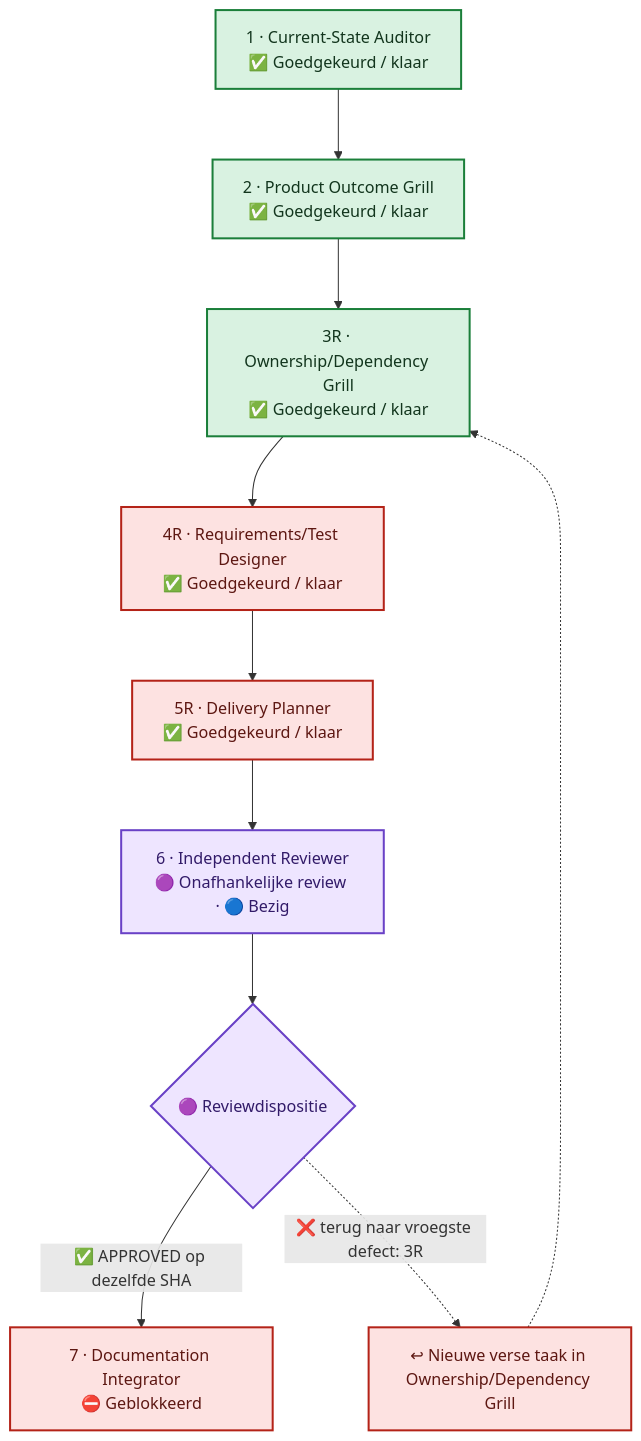
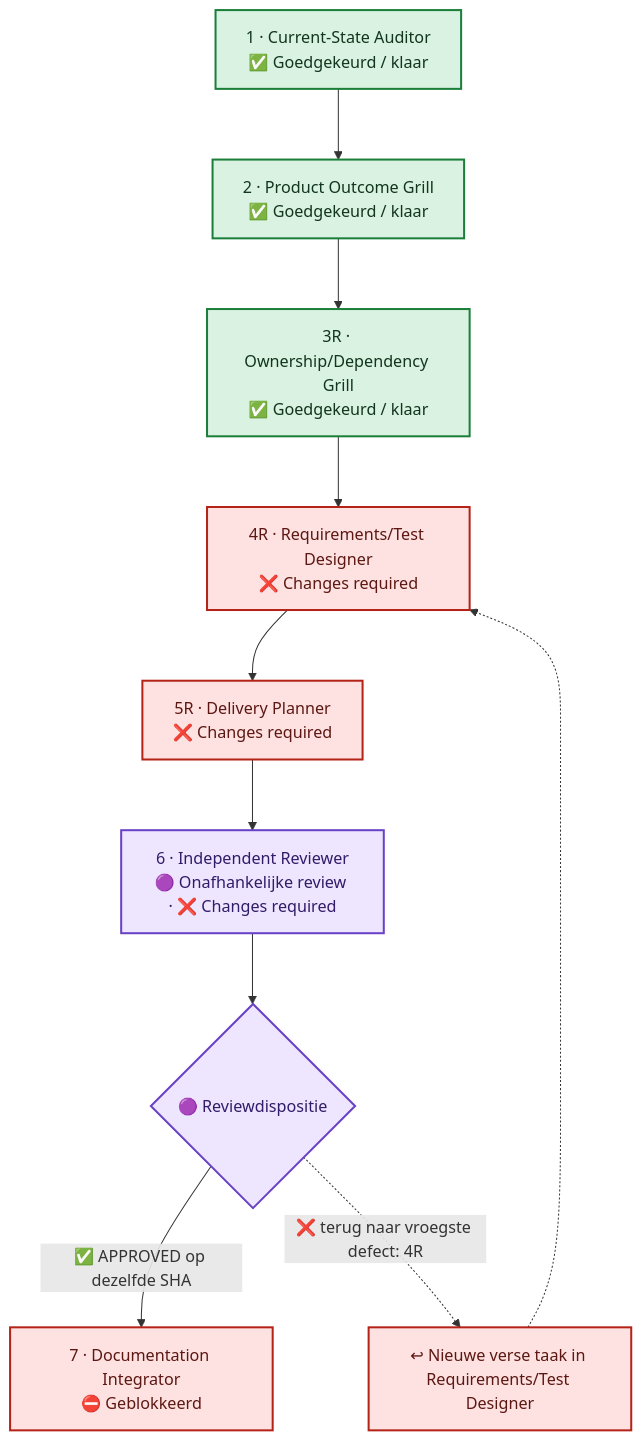
The diagram in flow.mmd (Jandesch91/n1-bioforge-requirements-cockpit), drawn with Mermaid before and after one commit. The commit also changed 4 other files, not shown here.

Commit message:
chore(cockpit): independent review returned CHANGES REQUIRED

```diff
--- a/flow.mmd
+++ b/flow.mmd
@@ -1,24 +1,24 @@
 %%{init: {"flowchart": {"curve": "basis", "nodeSpacing": 60, "rankSpacing": 70, "htmlLabels": true}}}%%
 flowchart TB
     %% A vertical main lane prevents crossing arrows. The review return uses one side lane.
     phase_1["1 · Current-State Auditor<br/>✅ Goedgekeurd / klaar"]
     phase_2["2 · Product Outcome Grill<br/>✅ Goedgekeurd / klaar"]
     phase_3r["3R · Ownership/Dependency Grill<br/>✅ Goedgekeurd / klaar"]
-    phase_4r["4R · Requirements/Test Designer<br/>✅ Goedgekeurd / klaar"]
-    phase_5r["5R · Delivery Planner<br/>✅ Goedgekeurd / klaar"]
-    phase_6["6 · Independent Reviewer<br/>🟣 Onafhankelijke review · 🔵 Bezig"]
+    phase_4r["4R · Requirements/Test Designer<br/>❌ Changes required"]
+    phase_5r["5R · Delivery Planner<br/>❌ Changes required"]
+    phase_6["6 · Independent Reviewer<br/>🟣 Onafhankelijke review · ❌ Changes required"]
     phase_7["7 · Documentation Integrator<br/>⛔ Geblokkeerd"]
     phase_1 --> phase_2 --> phase_3r --> phase_4r --> phase_5r --> phase_6
     review_decision{"🟣 Reviewdispositie"}
     phase_6 --> review_decision
     review_decision -->|"✅ APPROVED op dezelfde SHA"| phase_7
-    review_decision -.->|"❌ terug naar vroegste defect: 3R"| return_lane["↩ Nieuwe verse taak in Ownership/Dependency Grill"]
-    return_lane -.-> phase_3r
+    review_decision -.->|"❌ terug naar vroegste defect: 4R"| return_lane["↩ Nieuwe verse taak in Requirements/Test Designer"]
+    return_lane -.-> phase_4r
     classDef approved fill:#D9F2E1,stroke:#1B7F3A,color:#12351D,stroke-width:2px
     classDef changes fill:#FDE2E1,stroke:#B42318,color:#5D1712,stroke-width:2px
     classDef blocked fill:#FDE2E1,stroke:#B42318,color:#5D1712,stroke-width:2px
     classDef review fill:#EEE5FF,stroke:#6941C6,color:#321B69,stroke-width:2px
     class phase_1,phase_2,phase_3r approved
     class phase_4r changes
     class phase_5r,phase_7,return_lane blocked
     class phase_6,review_decision review
```
